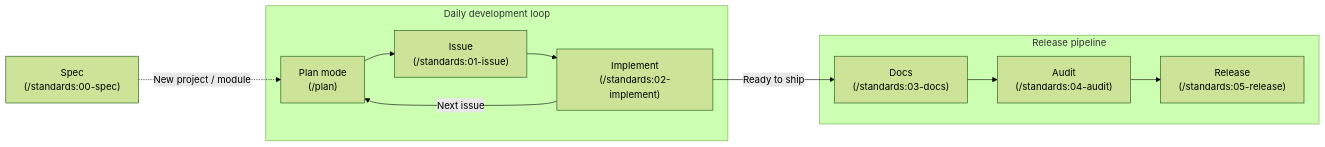
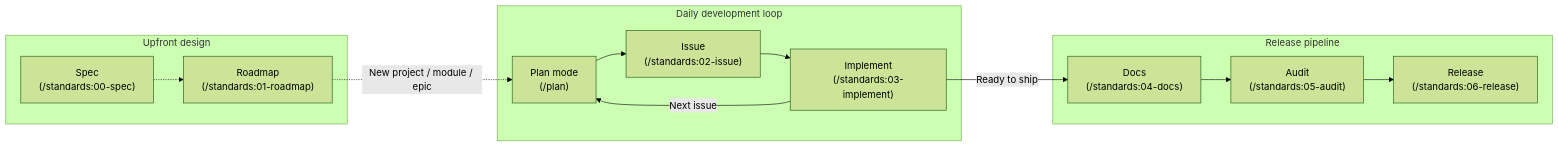
Before and after one commit to bvarnai/agy-standards: the diagram in README.md, drawn with Mermaid (forest theme). The commit also changed other lines of this file and 18 other files, not shown here.

Commit message:
fix(#55): feat(skills)!: add 01-roadmap workflow and renumber skills to 00-06 (#56)

````diff
--- a/README.md
+++ b/README.md
@@ -28,16 +28,18 @@
 ```mermaid
 flowchart LR
-    Spec["Spec<br/>(/standards:00-spec)"]
+    subgraph Upfront ["Upfront design"]
+        Spec["Spec<br/>(/standards:00-spec)"] -.-> Roadmap["Roadmap<br/>(/standards:01-roadmap)"]
+    end
 
     subgraph Daily ["Daily development loop"]
-        Plan["Plan mode<br/>(/plan)"] --> Issue["Issue<br/>(/standards:01-issue)"] --> Code["Implement<br/>(/standards:02-implement)"]
+        Plan["Plan mode<br/>(/plan)"] --> Issue["Issue<br/>(/standards:02-issue)"] --> Code["Implement<br/>(/standards:03-implement)"]
     end
 
     subgraph Ship ["Release pipeline"]
-        Docs["Docs<br/>(/standards:03-docs)"] --> Audit["Audit<br/>(/standards:04-audit)"] --> Release["Release<br/>(/standards:05-release)"]
+        Docs["Docs<br/>(/standards:04-docs)"] --> Audit["Audit<br/>(/standards:05-audit)"] --> Release["Release<br/>(/standards:06-release)"]
     end
 
-    Spec -.->|"New project / module"| Plan
+    Roadmap -.->|"New project / module / epic"| Plan
     Code -->|"Next issue"| Plan
     Code -->|"Ready to ship"| Docs
 ```
````
